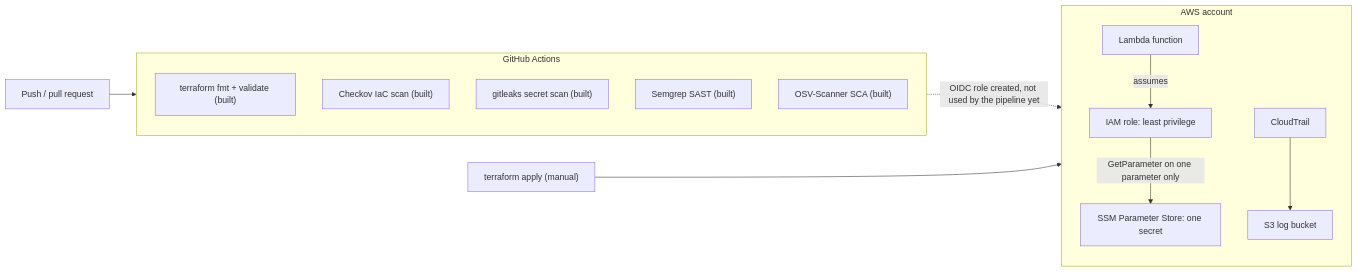
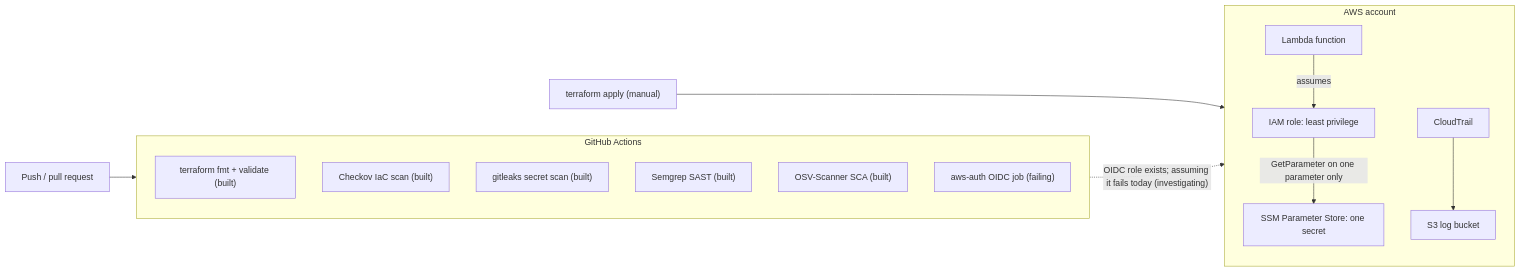
The diagram in README.md (usman9856/cloud-security-pipeline), drawn with Mermaid before and after one commit. The commit also changed other lines of this file and 1 other file, not shown here.

Commit message:
[update]: readem and security OIDC

````diff
--- a/README.md
+++ b/README.md
@@ -48,20 +49,21 @@
 ```mermaid
 flowchart LR
     dev["Push / pull request"] --> gha
     subgraph gha["GitHub Actions"]
         direction TB
         s1["terraform fmt + validate (built)"]
         s2["Checkov IaC scan (built)"]
         s3["gitleaks secret scan (built)"]
         s4["Semgrep SAST (built)"]
         s5["OSV-Scanner SCA (built)"]
+        s6["aws-auth OIDC job (failing)"]
     end
-    gha -. "OIDC role created, not used by the pipeline yet" .-> aws
+    s6 -. "OIDC role exists; assuming it fails today (investigating)" .-> aws
     manual["terraform apply (manual)"] --> aws
     subgraph aws["AWS account"]
         direction TB
         fn["Lambda function"] -- "assumes" --> role["IAM role: least privilege"]
         role -- "GetParameter on one parameter only" --> ssm["SSM Parameter Store: one secret"]
         trail["CloudTrail"] --> bucket["S3 log bucket"]
     end
 ```
````
